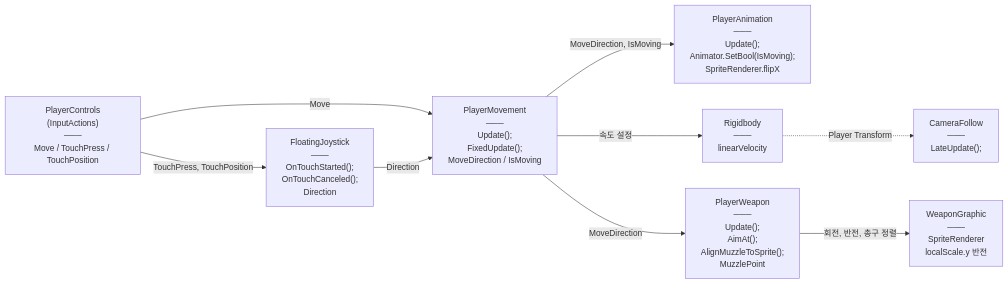
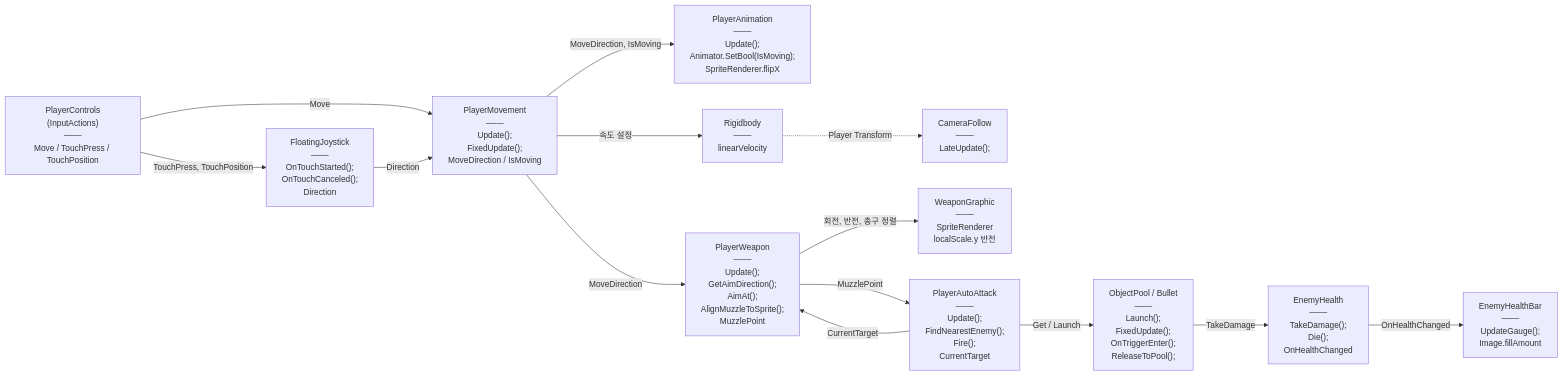
The diagram in Docs/ImplementDocs/Diagram.md (jayy5288sk/AICodeProject), drawn with Mermaid before and after one commit. The commit also changed other lines of this file and 31 other files, not shown here.

````diff
--- a/Docs/ImplementDocs/Diagram.md
+++ b/Docs/ImplementDocs/Diagram.md
@@ -4,20 +4,29 @@
 ```mermaid
 flowchart LR
     Input["PlayerControls<br/>(InputActions)<br/>───<br/>Move / TouchPress / TouchPosition"]
     Joystick["FloatingJoystick<br/>───<br/>OnTouchStarted();<br/>OnTouchCanceled();<br/>Direction"]
     Movement["PlayerMovement<br/>───<br/>Update();<br/>FixedUpdate();<br/>MoveDirection / IsMoving"]
     Animation["PlayerAnimation<br/>───<br/>Update();<br/>Animator.SetBool(IsMoving);<br/>SpriteRenderer.flipX"]
     Body["Rigidbody<br/>───<br/>linearVelocity"]
     Camera["CameraFollow<br/>───<br/>LateUpdate();"]
-    Weapon["PlayerWeapon<br/>───<br/>Update();<br/>AimAt();<br/>AlignMuzzleToSprite();<br/>MuzzlePoint"]
+    Weapon["PlayerWeapon<br/>───<br/>Update();<br/>GetAimDirection();<br/>AimAt();<br/>AlignMuzzleToSprite();<br/>MuzzlePoint"]
     WeaponGraphic["WeaponGraphic<br/>───<br/>SpriteRenderer<br/>localScale.y 반전"]
+    AutoAttack["PlayerAutoAttack<br/>───<br/>Update();<br/>FindNearestEnemy();<br/>Fire();<br/>CurrentTarget"]
+    Bullet["ObjectPool / Bullet<br/>───<br/>Launch();<br/>FixedUpdate();<br/>OnTriggerEnter();<br/>ReleaseToPool();"]
+    EnemyHealth["EnemyHealth<br/>───<br/>TakeDamage();<br/>Die();<br/>OnHealthChanged"]
+    EnemyHealthBar["EnemyHealthBar<br/>───<br/>UpdateGauge();<br/>Image.fillAmount"]
 
     Input -->|TouchPress, TouchPosition| Joystick
     Input -->|Move| Movement
     Joystick -->|Direction| Movement
     Movement -->|속도 설정| Body
     Movement -->|MoveDirection, IsMoving| Animation
     Body -.->|Player Transform| Camera
     Movement -->|MoveDirection| Weapon
     Weapon -->|회전, 반전, 총구 정렬| WeaponGraphic
+    AutoAttack -->|CurrentTarget| Weapon
+    Weapon -->|MuzzlePoint| AutoAttack
+    AutoAttack -->|Get / Launch| Bullet
+    Bullet -->|TakeDamage| EnemyHealth
+    EnemyHealth -->|OnHealthChanged| EnemyHealthBar
 ```
````
